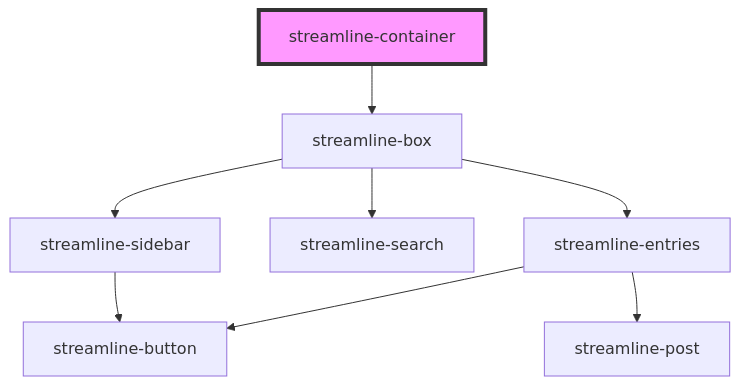
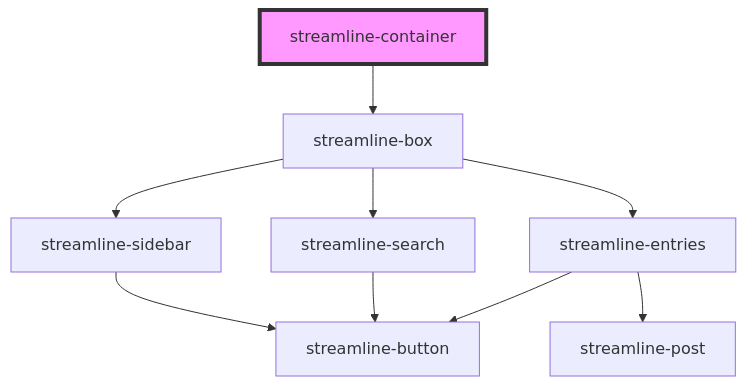
The diagram in stencil/src/components/streamline-container/readme.md (dnnsjsk/streamline), drawn with Mermaid before and after one commit. The commit also changed 51 other files, not shown here.

````diff
--- a/stencil/src/components/streamline-container/readme.md
+++ b/stencil/src/components/streamline-container/readme.md
@@ -43,11 +43,12 @@
 ```mermaid
 graph TD;
   streamline-container --> streamline-box
   streamline-box --> streamline-sidebar
   streamline-box --> streamline-search
   streamline-box --> streamline-entries
   streamline-sidebar --> streamline-button
+  streamline-search --> streamline-button
   streamline-entries --> streamline-button
   streamline-entries --> streamline-post
   style streamline-container fill:#f9f,stroke:#333,stroke-width:4px
 ```
````
